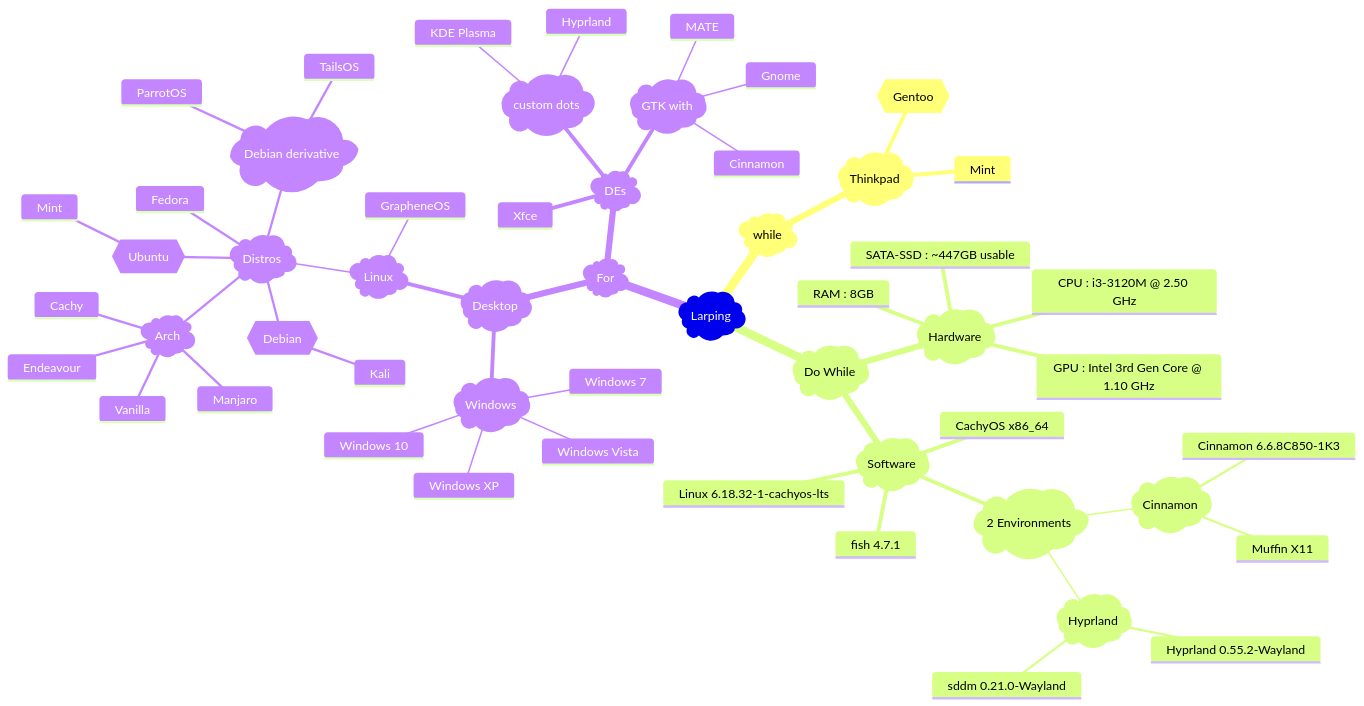
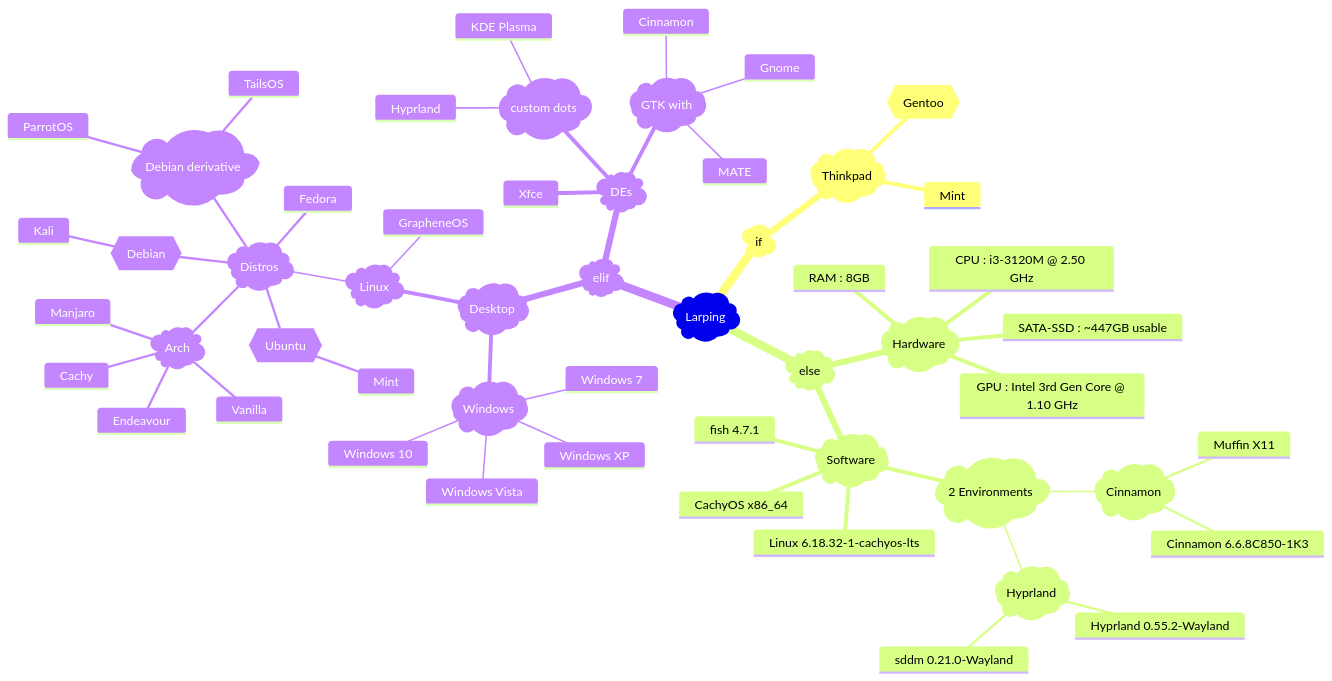
The diagram in README.md (Chintanpatel24/Chintanpatel24), drawn with Mermaid before and after one commit.

````diff
--- a/README.md
+++ b/README.md
@@ -4,57 +4,57 @@
 ```mermaid
 mindmap
 root)Larping(
- )while(
+ )if(
   )Thinkpad(
    {{Gentoo}}
    Mint
- )Do While(
+ )else(
   )Hardware(     
    GPU : Intel 3rd Gen Core @ 1.10 GHz
    CPU : i3-3120M @ 2.50 GHz
    RAM : 8GB
    SATA-SSD : ~447GB usable 
   )Software(
    )2 Environments(
     )Cinnamon( 
      Muffin X11
      Cinnamon 6.6.8C850-1K3
     )Hyprland(
      Hyprland 0.55.2-Wayland
      sddm 0.21.0-Wayland
    CachyOS x86_64
    fish 4.7.1
    Linux 6.18.32-1-cachyos-lts
- )For(
+ )elif(
   )Desktop(
    )Windows(
     Windows 7
     Windows XP
     Windows Vista
     Windows 10
    )Linux(
     GrapheneOS
     )Distros(
      )Arch(
       Endeavour
       Vanilla
       Cachy
       Manjaro
      {{Debian}}
       Kali
      {{Ubuntu}}
       Mint
      Fedora
      )Debian derivative(
       ParrotOS
       TailsOS
   )DEs(
    Xfce
    )custom dots(
     Hyprland
     KDE Plasma
    )GTK with(
     Cinnamon
     Gnome
     MATE
 ```
````
